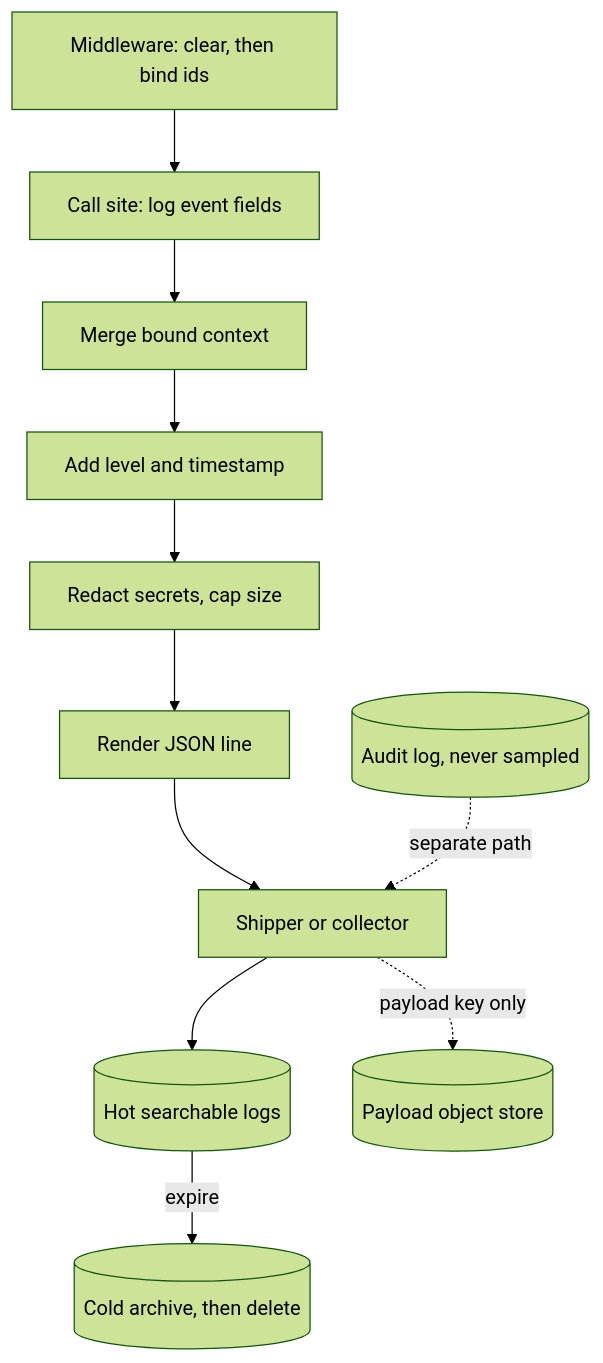
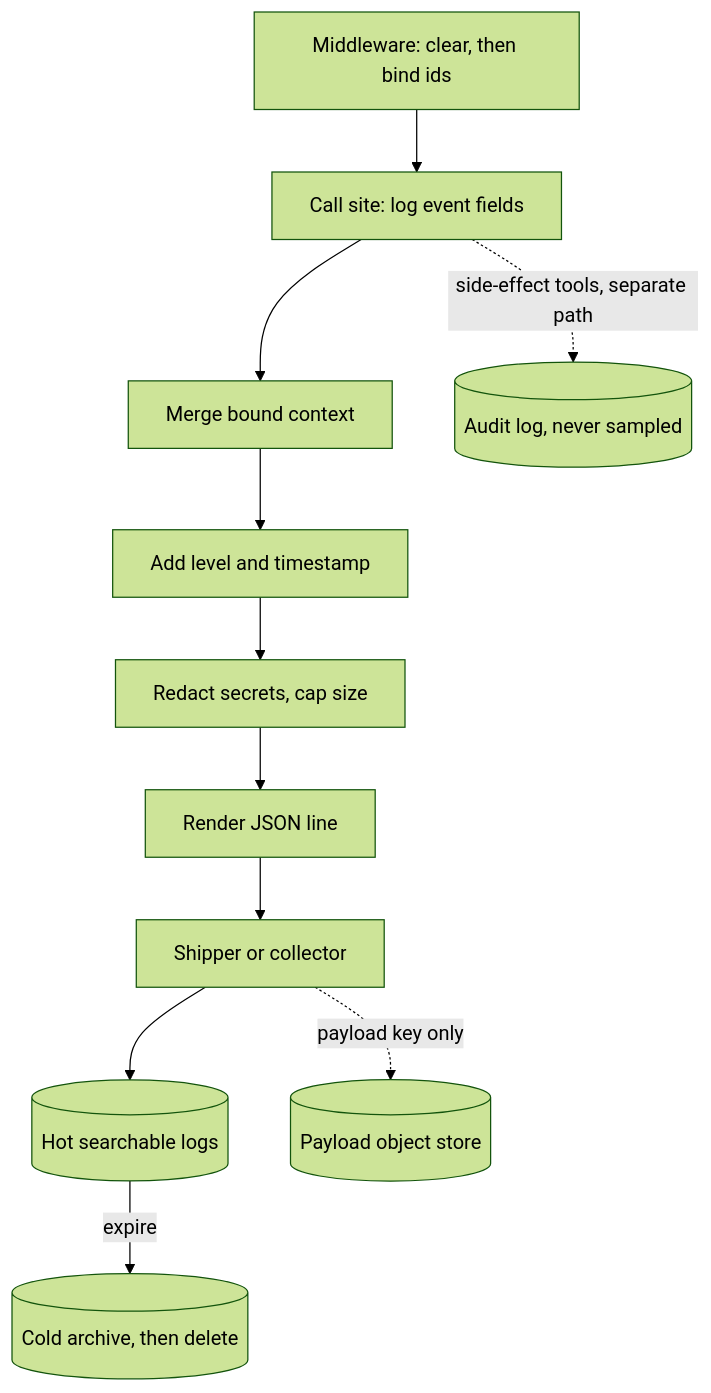
The diagram in content/observability/logging.md (lovishmahajan97/agentic-learning), drawn with Mermaid (forest theme) before and after one commit. The commit also changed other lines of this file and 348 other files, not shown here.

````diff
--- a/content/observability/logging.md
+++ b/content/observability/logging.md
@@ -147,13 +147,13 @@
 ```mermaid
 flowchart TD
     MW["Middleware: clear, then bind ids"] --> CS["Call site: log event fields"]
     CS --> MC["Merge bound context"]
     MC --> LV["Add level and timestamp"]
     LV --> RD["Redact secrets, cap size"]
     RD --> JS["Render JSON line"]
     JS --> SH["Shipper or collector"]
     SH --> HOT[("Hot searchable logs")]
     HOT -->|"expire"| ARC[("Cold archive, then delete")]
     SH -.->|"payload key only"| OBJ[("Payload object store")]
-    AUD[("Audit log, never sampled")] -.->|"separate path"| SH
+    CS -.->|"side-effect tools, separate path"| AUD[("Audit log, never sampled")]
 ```
````
